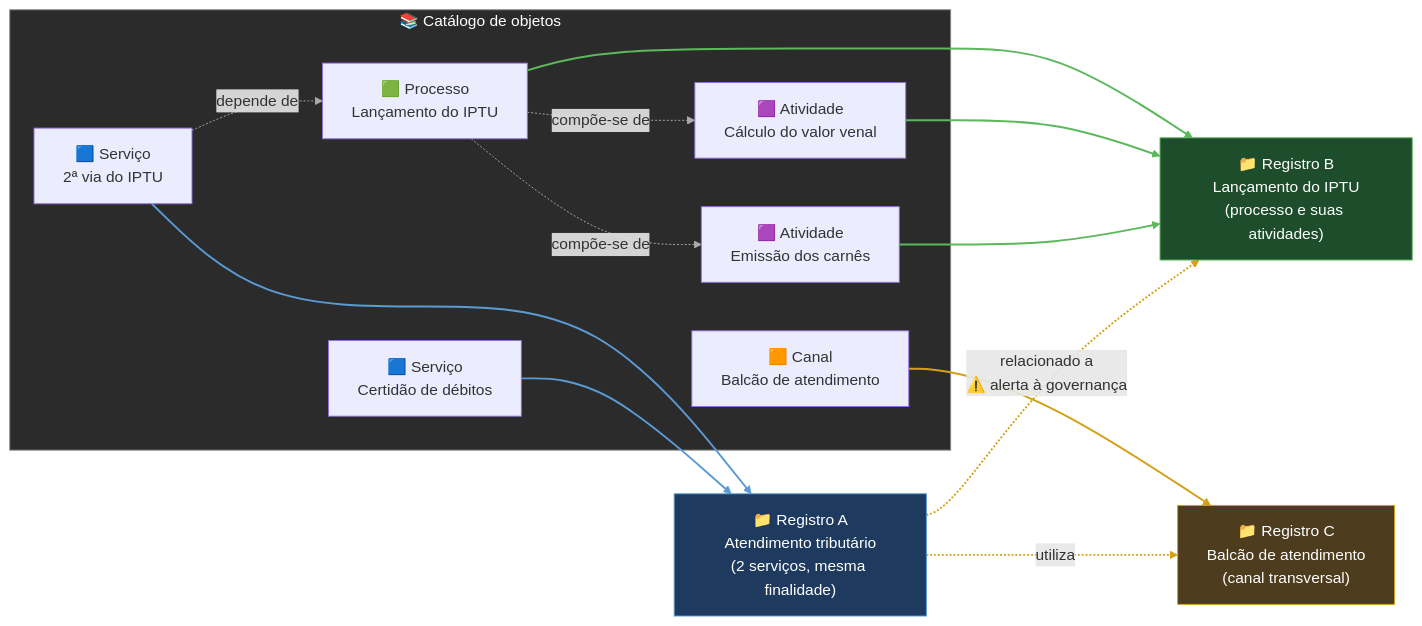
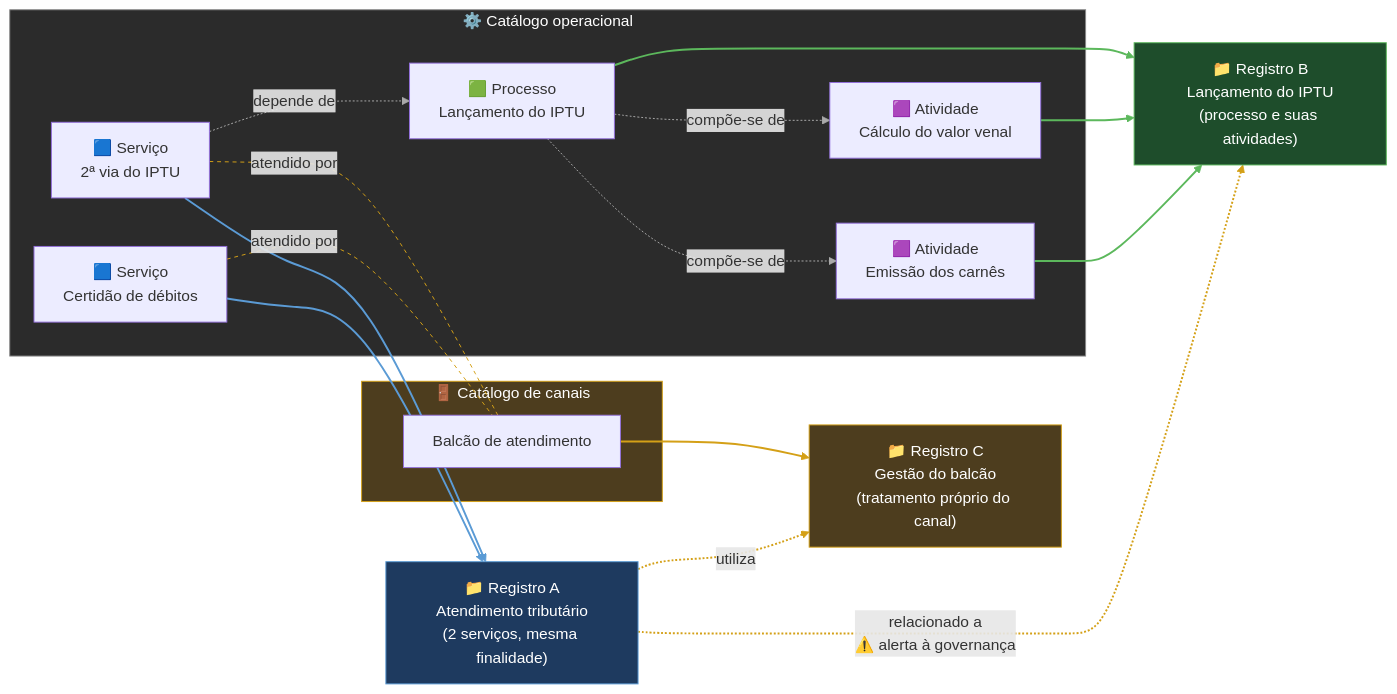
One commit to ailtonfv/governanca-lgpd-hortolandia changed the seventh of 9 diagrams in README.md. Above: the diagram before and after it, drawn with Mermaid. The commit also changed other lines of this file, not shown here.

Commit message:
README: canais como dimensao transversal

````diff
--- a/README.md
+++ b/README.md
@@ -126,34 +170,39 @@
 ```mermaid
 flowchart LR
-    subgraph CAT["📚 Catálogo de objetos"]
+    subgraph CAT["⚙️ Catálogo operacional"]
         S1["🟦 Serviço<br/>2ª via do IPTU"]
         S2["🟦 Serviço<br/>Certidão de débitos"]
         P1["🟩 Processo<br/>Lançamento do IPTU"]
         A1["🟪 Atividade<br/>Cálculo do valor venal"]
         A2["🟪 Atividade<br/>Emissão dos carnês"]
-        CN["🟧 Canal<br/>Balcão de atendimento"]
         S1 -. "depende de" .-> P1
         P1 -. "compõe-se de" .-> A1
         P1 -. "compõe-se de" .-> A2
     end
+    subgraph CNL["🚪 Catálogo de canais"]
+        CN["Balcão de atendimento"]
+    end
+    S1 -. "atendido por" .- CN
+    S2 -. "atendido por" .- CN
     RA["📁 Registro A<br/>Atendimento tributário<br/>(2 serviços, mesma finalidade)"]
     RB["📁 Registro B<br/>Lançamento do IPTU<br/>(processo e suas atividades)"]
-    RC["📁 Registro C<br/>Balcão de atendimento<br/>(canal transversal)"]
+    RC["📁 Registro C<br/>Gestão do balcão<br/>(tratamento próprio do canal)"]
     S1 --> RA
     S2 --> RA
     P1 --> RB
     A1 --> RB
     A2 --> RB
     CN --> RC
     RA -. "utiliza" .-> RC
     RA -. "relacionado a<br/>⚠️ alerta à governança" .-> RB
     style CAT fill:#2b2b2b,stroke:#888,color:#fff
+    style CNL fill:#4d3d1e,stroke:#d4a017,color:#fff
     style RA fill:#1e3a5f,stroke:#5b9bd5,color:#fff
     style RB fill:#1e4d2b,stroke:#5cb85c,color:#fff
     style RC fill:#4d3d1e,stroke:#d4a017,color:#fff
     linkStyle 0,1,2 stroke:#aaaaaa
-    linkStyle 3,4 stroke:#5b9bd5,stroke-width:2px
-    linkStyle 5,6,7 stroke:#5cb85c,stroke-width:2px
-    linkStyle 8 stroke:#d4a017,stroke-width:2px
-    linkStyle 9,10 stroke:#d4a017,stroke-width:2px
+    linkStyle 3,4 stroke:#d4a017,stroke-dasharray:4
+    linkStyle 5,6 stroke:#5b9bd5,stroke-width:2px
+    linkStyle 7,8,9 stroke:#5cb85c,stroke-width:2px
+    linkStyle 10,11,12 stroke:#d4a017,stroke-width:2px
 ```
````
